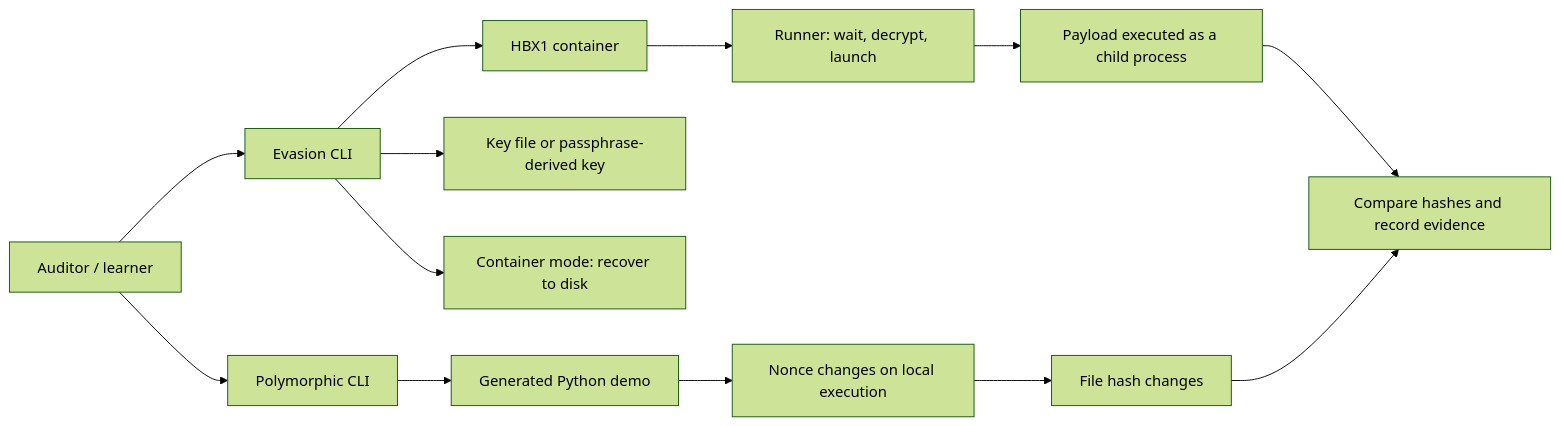
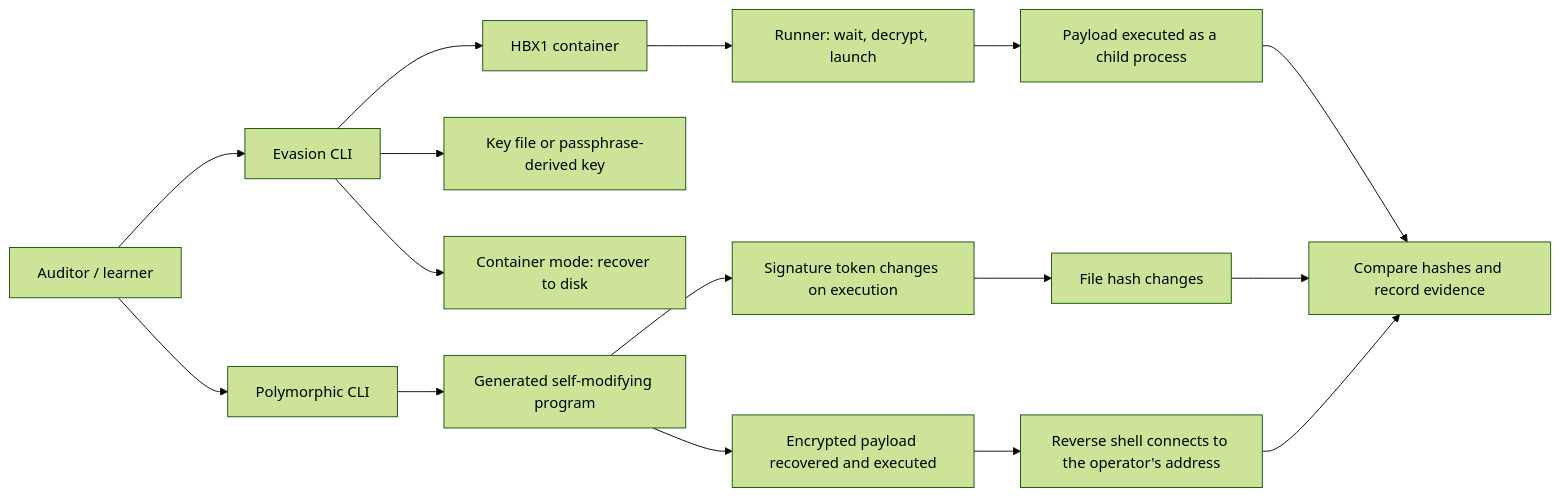
One commit to fahdaguenouz/hidden-bytes changed the eighth of 8 diagrams in README.md. Above: the diagram before and after it, drawn with Mermaid (forest theme). The commit also changed other lines of this file and 2 other files, not shown here.

````diff
--- a/README.md
+++ b/README.md
@@ -969,15 +1094,18 @@
 ```mermaid
 flowchart LR
     U[Auditor / learner] --> E[Evasion CLI]
     U --> P[Polymorphic CLI]
     E --> H[HBX1 container]
     E --> K[Key file or passphrase-derived key]
     H --> R[Runner: wait, decrypt, launch]
     R --> O[Payload executed as a child process]
     E --> R2[Container mode: recover to disk]
-    P --> S[Generated Python demo]
-    S --> V[Nonce changes on local execution]
+    P --> S[Generated self-modifying program]
+    S --> V[Signature token changes on execution]
     V --> X[File hash changes]
+    S --> Y[Encrypted payload recovered and executed]
+    Y --> Z[Reverse shell connects to the operator's address]
     O --> D[Compare hashes and record evidence]
     X --> D
+    Z --> D
 ```
````
